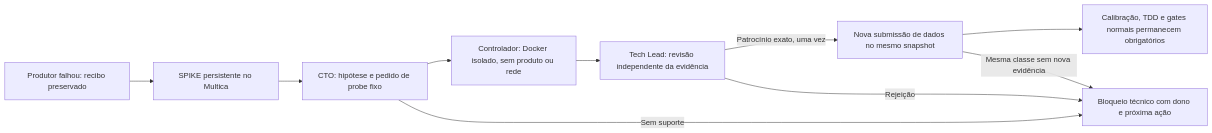
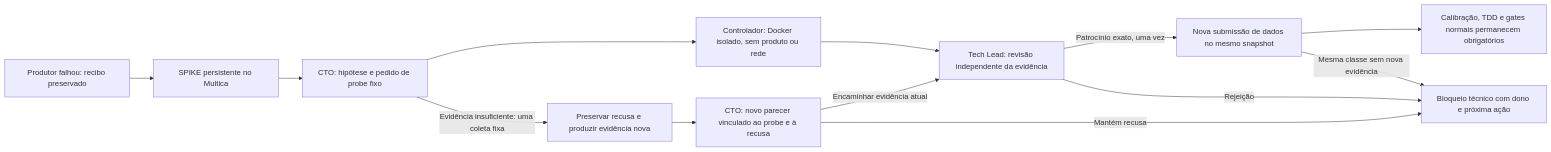
Before and after one commit to codifydeep/fabriquinha: the fifth of 5 diagrams in README.md, drawn with Mermaid. The commit also changed other lines of this file and 10 other files, not shown here.

````diff
--- a/README.md
+++ b/README.md
@@ -1615,12 +1623,15 @@
 ```mermaid
 flowchart LR
     F[Produtor falhou: recibo preservado] --> I[SPIKE persistente no Multica]
     I --> C[CTO: hipótese e pedido de probe fixo]
     C --> P[Controlador: Docker isolado, sem produto ou rede]
     P --> T[Tech Lead: revisão independente da evidência]
     T -->|Patrocínio exato, uma vez| N[Nova submissão de dados no mesmo snapshot]
     N --> G[Calibração, TDD e gates normais permanecem obrigatórios]
-    C -->|Sem suporte| B[Bloqueio técnico com dono e próxima ação]
+    C -->|Evidência insuficiente: uma coleta fixa| A[Preservar recusa e produzir evidência nova]
+    A --> D[CTO: novo parecer vinculado ao probe e à recusa]
+    D -->|Encaminhar evidência atual| T
+    D -->|Mantém recusa| B[Bloqueio técnico com dono e próxima ação]
     T -->|Rejeição| B
     N -->|Mesma classe sem nova evidência| B
 ```
````
